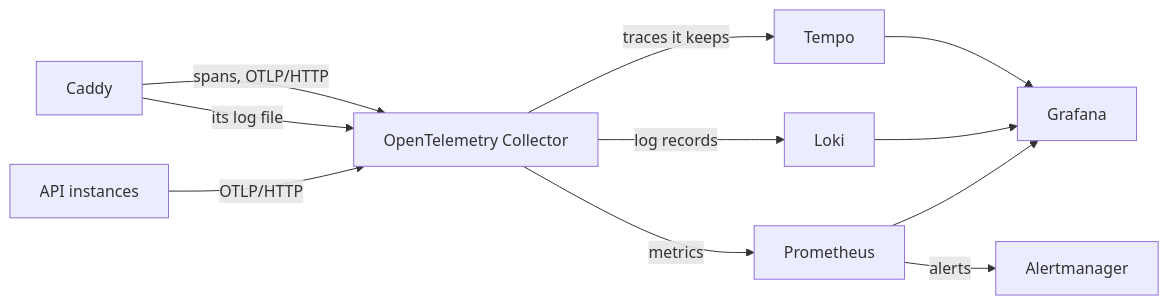
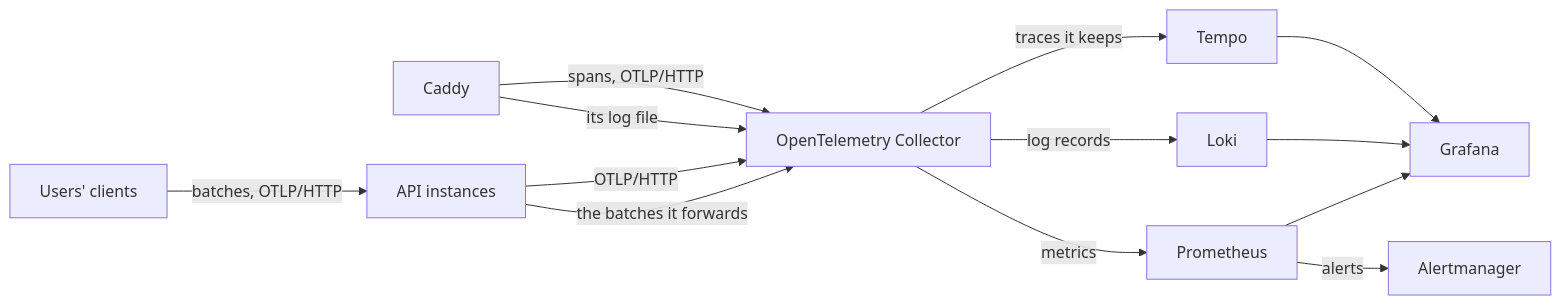
Before and after one commit to Grebyn35/AntWorker-API-Rust: the diagram in docs/operations/observability.md, drawn with Mermaid. The commit also changed other lines of this file and 53 other files, not shown here.

First line of the commit message:
Build the second part of client_telemetry: the telemetry proxy

````diff
--- a/docs/operations/observability.md
+++ b/docs/operations/observability.md
@@ -27,11 +27,15 @@
 ```mermaid
 flowchart LR
   caddy[Caddy] -- spans, OTLP/HTTP --> collector[OpenTelemetry Collector]
   caddy -- its log file --> collector
   api[API instances] -- OTLP/HTTP --> collector
+  %% part: client_telemetry
+  clients[Users' clients] -- batches, OTLP/HTTP --> api
+  api -- the batches it forwards --> collector
+  %% end part: client_telemetry
   collector -- traces it keeps --> tempo[Tempo]
   collector -- log records --> loki[Loki]
   collector -- metrics --> prometheus[Prometheus]
   prometheus -- alerts --> alertmanager[Alertmanager]
   tempo & loki & prometheus --> grafana[Grafana]
 ```
````
